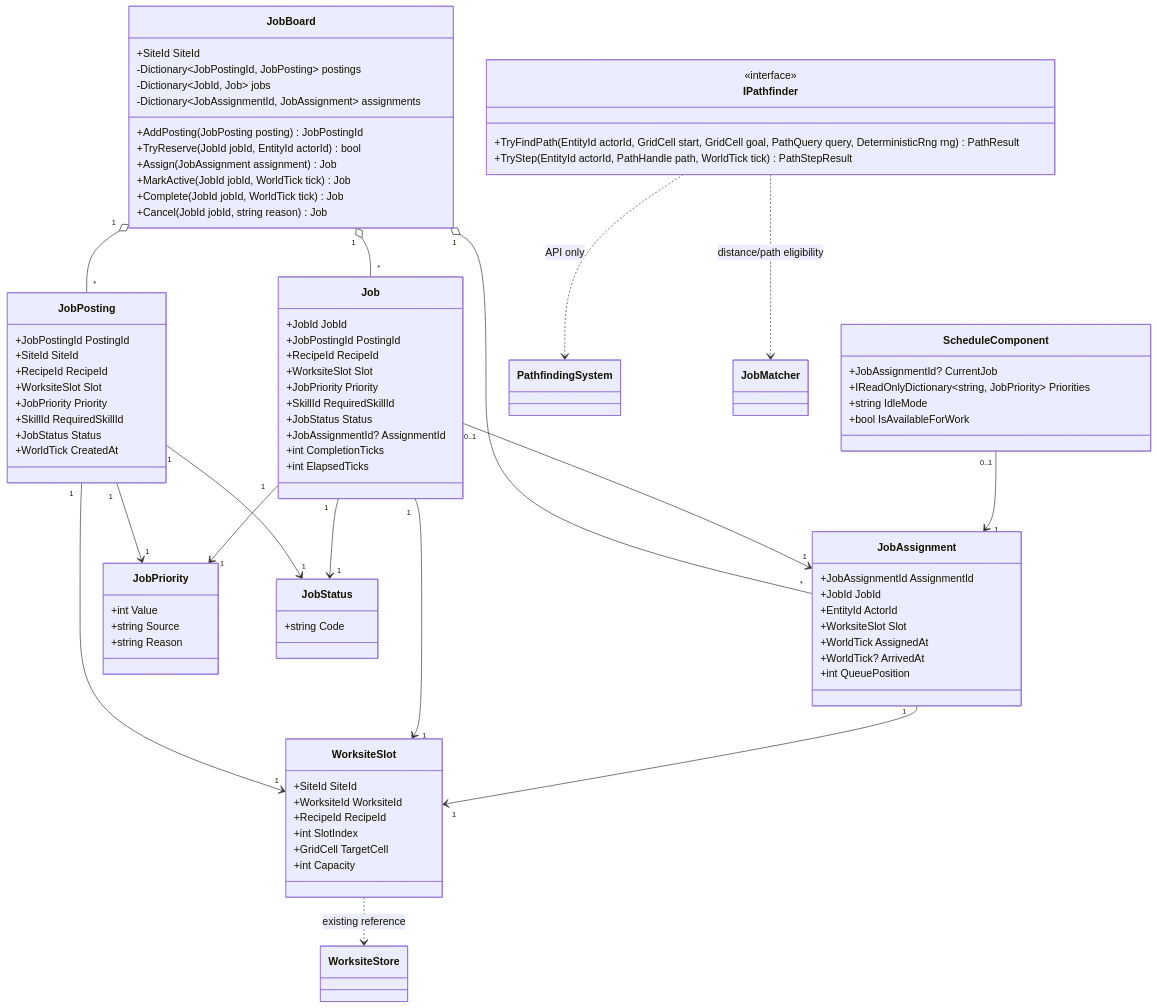
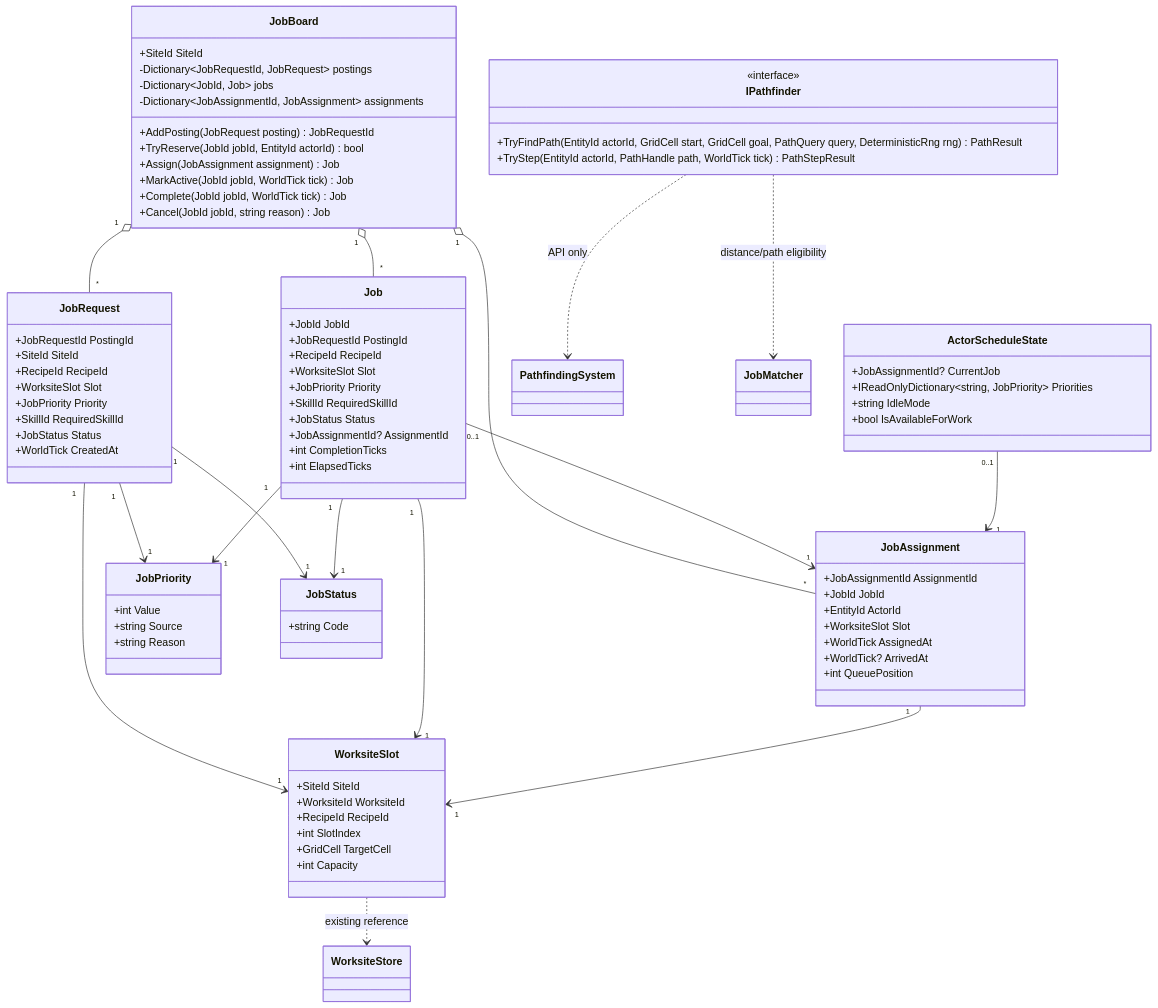
Before and after one commit to msbel5/alcyone-ember-rpg: the second of 3 diagrams in docs/mechanics/faz-3-job-assignment.md, drawn with Mermaid. The commit also changed other lines of this file and 10 other files, not shown here.

```diff
--- a/docs/mechanics/faz-3-job-assignment.md
+++ b/docs/mechanics/faz-3-job-assignment.md
@@ -109,10 +113,10 @@
 classDiagram
     class JobBoard {
         +SiteId SiteId
-        -Dictionary~JobPostingId, JobPosting~ postings
+        -Dictionary~JobRequestId, JobRequest~ postings
         -Dictionary~JobId, Job~ jobs
         -Dictionary~JobAssignmentId, JobAssignment~ assignments
-        +AddPosting(JobPosting posting) JobPostingId
+        +AddPosting(JobRequest posting) JobRequestId
         +TryReserve(JobId jobId, EntityId actorId) bool
         +Assign(JobAssignment assignment) Job
         +MarkActive(JobId jobId, WorldTick tick) Job
@@ -120,8 +124,8 @@
         +Cancel(JobId jobId, string reason) Job
     }
 
-    class JobPosting {
-        +JobPostingId PostingId
+    class JobRequest {
+        +JobRequestId PostingId
         +SiteId SiteId
         +RecipeId RecipeId
         +WorksiteSlot Slot
@@ -133,7 +137,7 @@
 
     class Job {
         +JobId JobId
-        +JobPostingId PostingId
+        +JobRequestId PostingId
         +RecipeId RecipeId
         +WorksiteSlot Slot
         +JobPriority Priority
@@ -164,7 +168,7 @@
         +string Code
     }
 
-    class ScheduleComponent {
+    class ActorScheduleState {
         +JobAssignmentId? CurrentJob
         +IReadOnlyDictionary~string, JobPriority~ Priorities
         +string IdleMode
@@ -186,18 +190,18 @@
         +TryStep(EntityId actorId, PathHandle path, WorldTick tick) PathStepResult
     }
 
-    JobBoard "1" o-- "*" JobPosting
+    JobBoard "1" o-- "*" JobRequest
     JobBoard "1" o-- "*" Job
     JobBoard "1" o-- "*" JobAssignment
-    JobPosting "1" --> "1" WorksiteSlot
-    JobPosting "1" --> "1" JobPriority
-    JobPosting "1" --> "1" JobStatus
+    JobRequest "1" --> "1" WorksiteSlot
+    JobRequest "1" --> "1" JobPriority
+    JobRequest "1" --> "1" JobStatus
     Job "1" --> "1" WorksiteSlot
     Job "1" --> "1" JobPriority
     Job "1" --> "1" JobStatus
     Job "0..1" --> "1" JobAssignment
     JobAssignment "1" --> "1" WorksiteSlot
-    ScheduleComponent "0..1" --> "1" JobAssignment
+    ActorScheduleState "0..1" --> "1" JobAssignment
     WorksiteSlot ..> WorksiteStore : existing reference
     IPathfinder ..> PathfindingSystem : API only
     IPathfinder ..> JobMatcher : distance/path eligibility
```
